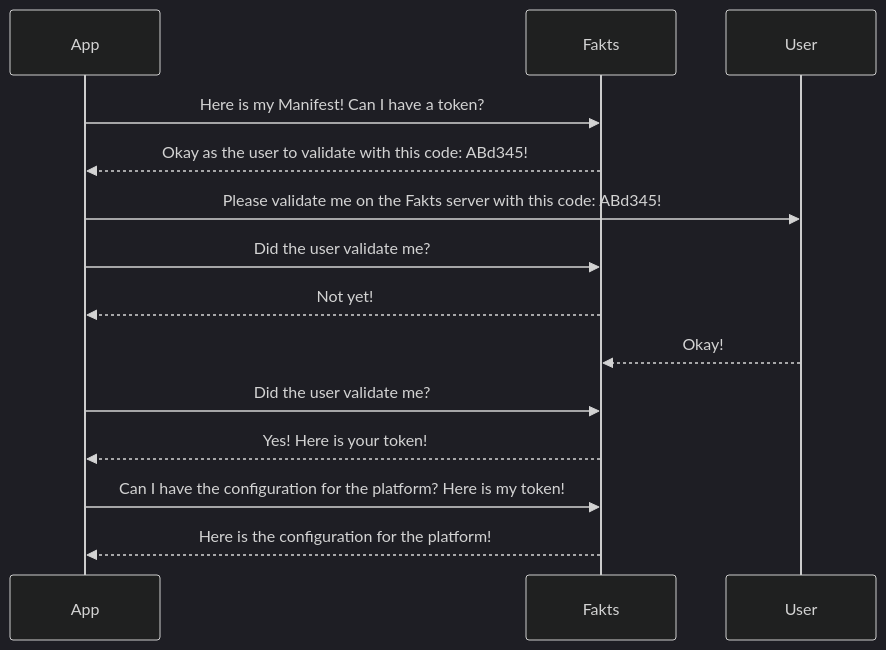
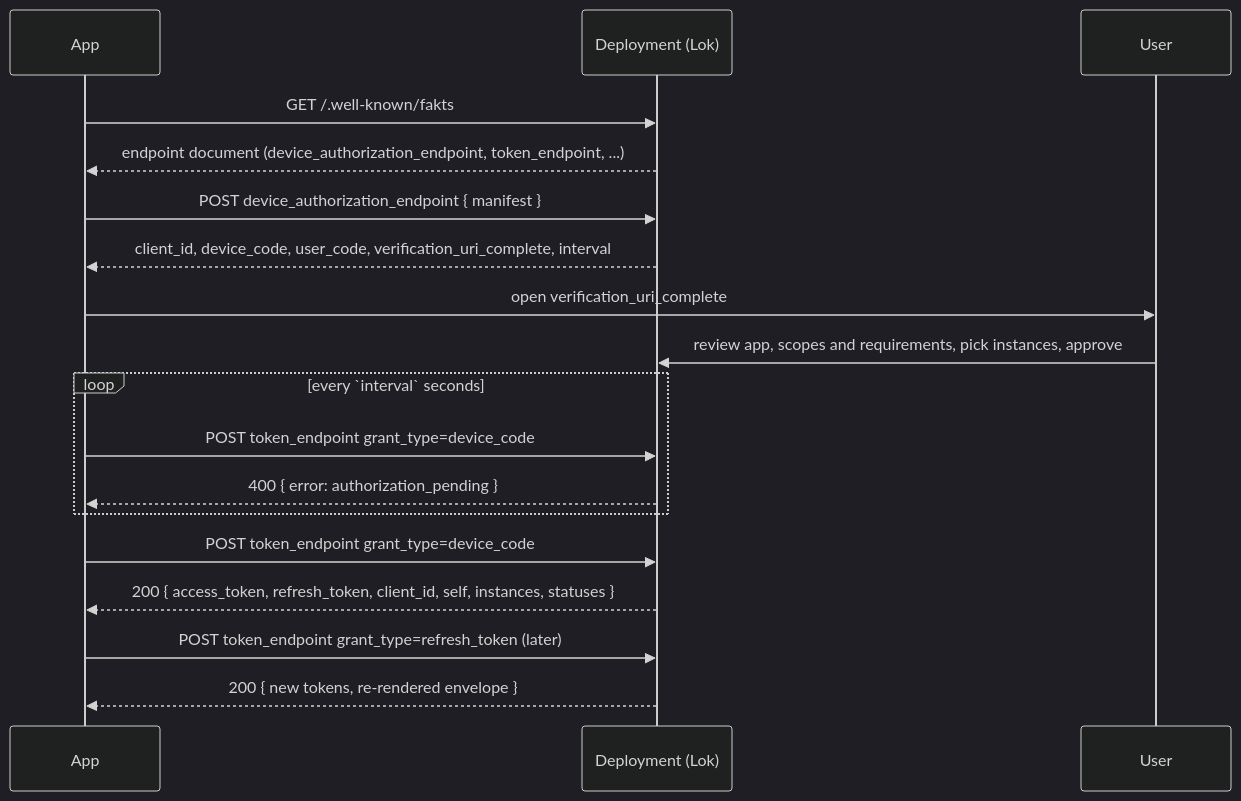
Before and after one commit to arkitektio/arkitektio.github.io: the diagram in content/docs/design/architecture/service-discovery.mdx, drawn with Mermaid (dark theme). The commit also changed other lines of this file and 24 other files, not shown here.

````diff
--- a/content/docs/design/architecture/service-discovery.mdx
+++ b/content/docs/design/architecture/service-discovery.mdx
@@ -47,14 +50,26 @@
 ```mermaid
 sequenceDiagram
-    App->>Fakts: Here is my Manifest! Can I have a token?
-    Fakts-->>App: Okay as the user to validate with this code: ABd345!
-    App->>User: Please validate me on the Fakts server with this code: ABd345!
-    App->>Fakts: Did the user validate me?
-    Fakts-->>App: Not yet!
-    User-->>Fakts: Okay!
-    App->>Fakts: Did the user validate me?
-    Fakts-->>App: Yes! Here is your token!
-    App->>Fakts: Can I have the configuration for the platform? Here is my token!
-    Fakts-->>App: Here is the configuration for the platform!
+    participant App
+    participant Fakts as Deployment (Lok)
+    participant User
 
+    App->>Fakts: GET /.well-known/fakts
+    Fakts-->>App: endpoint document (device_authorization_endpoint, token_endpoint, ...)
+
+    App->>Fakts: POST device_authorization_endpoint { manifest }
+    Fakts-->>App: client_id, device_code, user_code, verification_uri_complete, interval
+
+    App->>User: open verification_uri_complete
+    User->>Fakts: review app, scopes and requirements, pick instances, approve
+
+    loop every `interval` seconds
+        App->>Fakts: POST token_endpoint grant_type=device_code
+        Fakts-->>App: 400 { error: authorization_pending }
+    end
+
+    App->>Fakts: POST token_endpoint grant_type=device_code
+    Fakts-->>App: 200 { access_token, refresh_token, client_id, self, instances, statuses }
+
+    App->>Fakts: POST token_endpoint grant_type=refresh_token (later)
+    Fakts-->>App: 200 { new tokens, re-rendered envelope }
 ```
````
